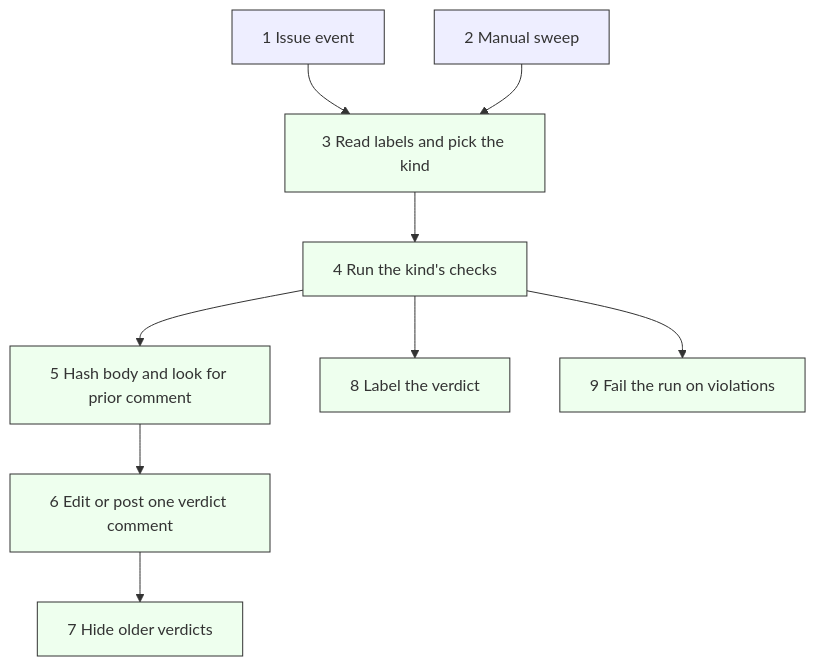
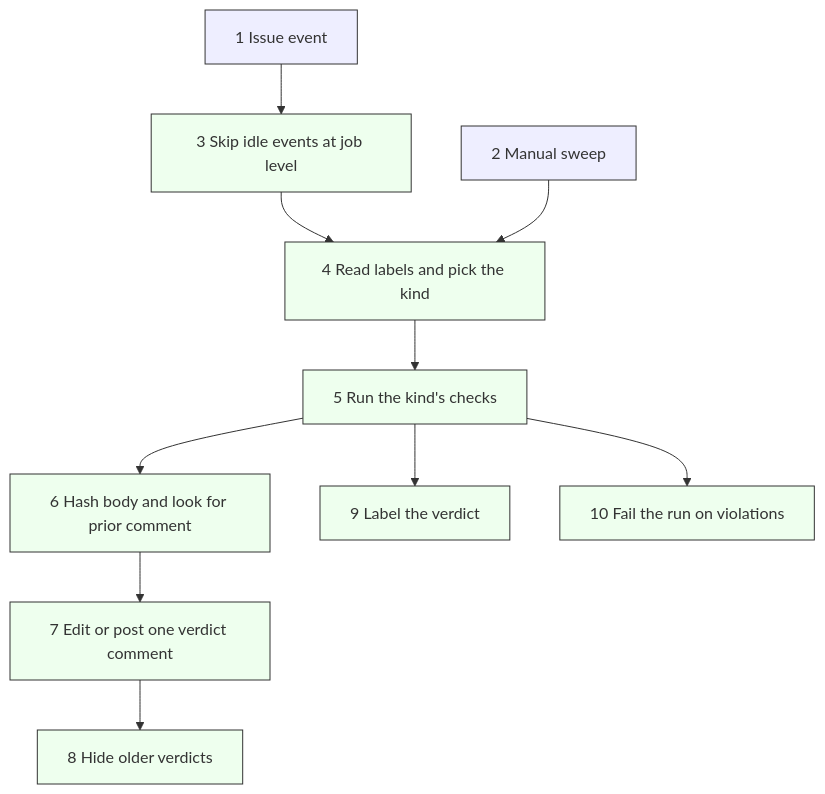
One commit to may-journal/fitness-runner changed the first of 5 diagrams in .github/workflows/README.md. Above: the diagram before and after it, drawn with Mermaid. The commit also changed other lines of this file and 20 other files, not shown here.

````diff
--- a/.github/workflows/README.md
+++ b/.github/workflows/README.md
@@ -19,22 +25,24 @@
 ```mermaid
 flowchart TD
     A[1 Issue event]:::trigger
     B[2 Manual sweep]:::trigger
-    C[3 Read labels and pick the kind]:::step
-    D[4 Run the kind's checks]:::step
-    E[5 Hash body and look for prior comment]:::step
-    F[6 Edit or post one verdict comment]:::step
-    G[7 Hide older verdicts]:::step
-    H[8 Label the verdict]:::step
-    I[9 Fail the run on violations]:::step
-    A --> C
+    S[3 Skip idle events at job level]:::step
+    C[4 Read labels and pick the kind]:::step
+    D[5 Run the kind's checks]:::step
+    E[6 Hash body and look for prior comment]:::step
+    F[7 Edit or post one verdict comment]:::step
+    G[8 Hide older verdicts]:::step
+    H[9 Label the verdict]:::step
+    I[10 Fail the run on violations]:::step
+    A --> S
+    S --> C
     B --> C
     C --> D
     D --> E
     E --> F
     F --> G
     D --> H
     D --> I
     classDef trigger fill:#eef,stroke:#333
     classDef step fill:#efe,stroke:#333
 ```
````
